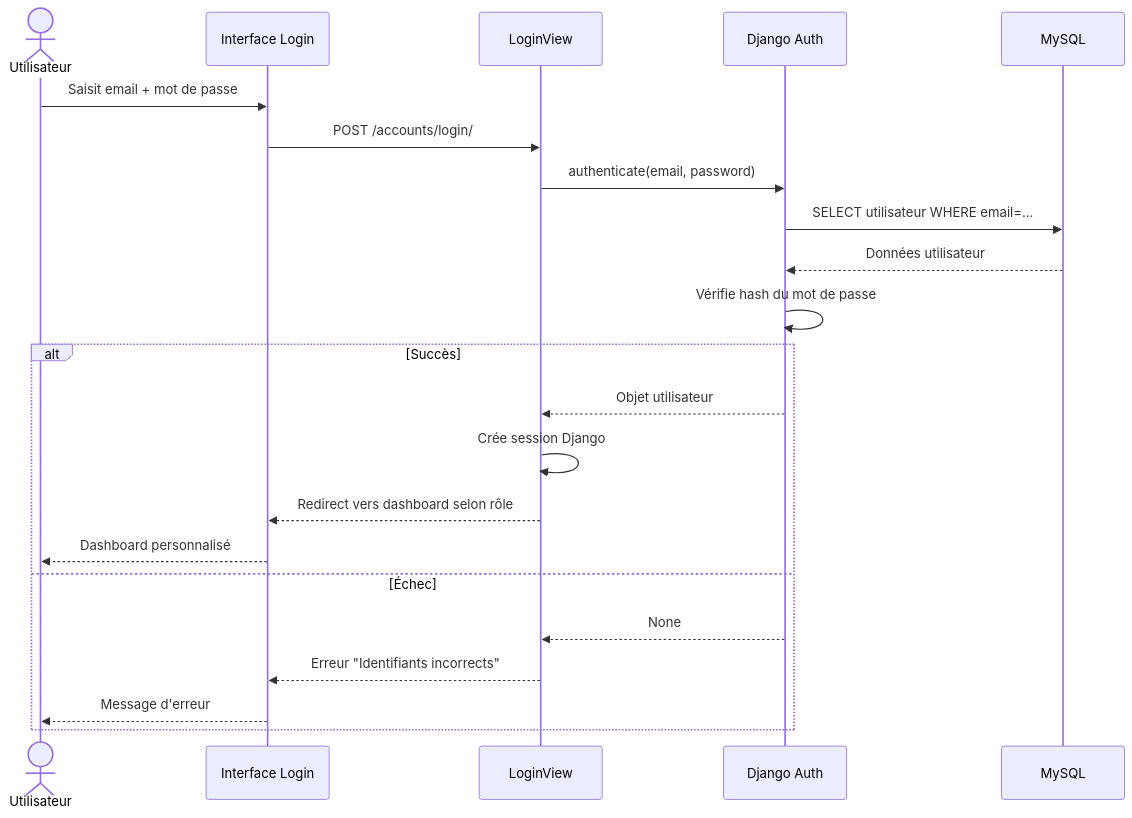
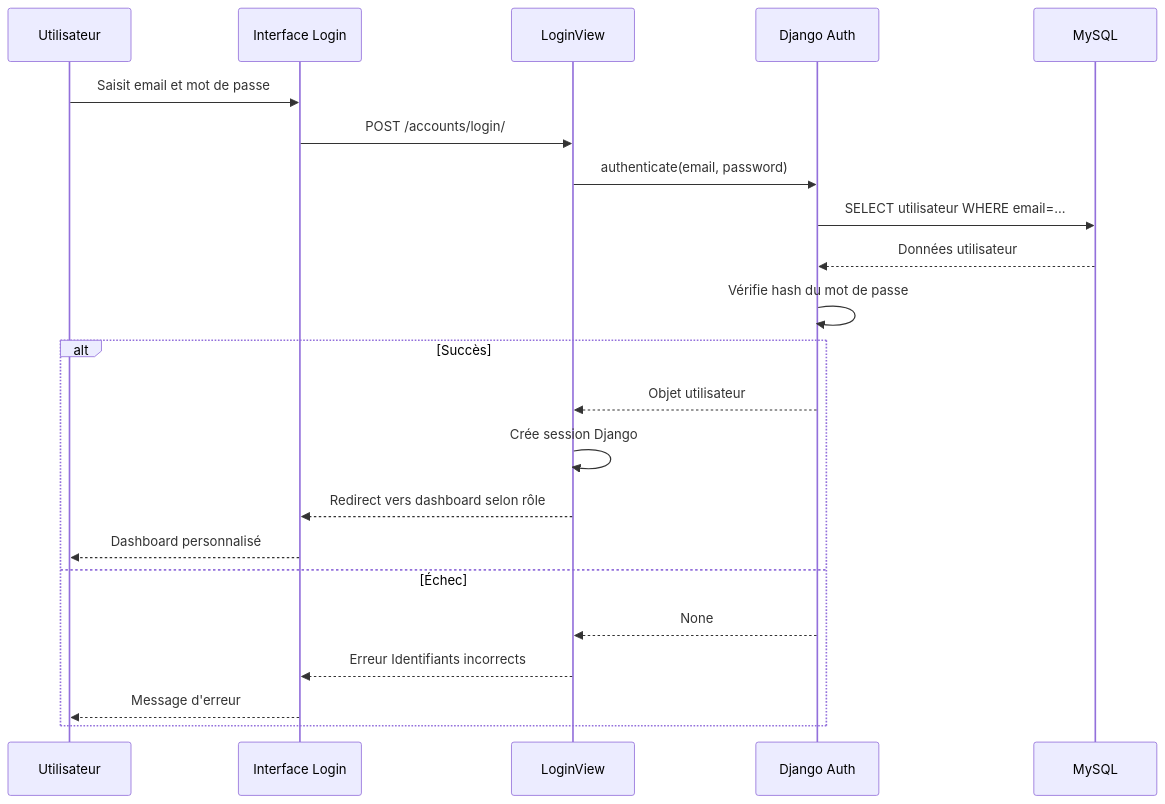
The seventh of 12 diagrams in README.md (abdeladimdemnati3-hash/project_de_presance-d-etudiant), drawn with Mermaid before and after one commit. The commit also changed other lines of this file, not shown here.

First line of the commit message:
fix: Fix Mermaid sequence diagrams for GitHub renderer

````diff
--- a/README.md
+++ b/README.md
@@ -548,26 +548,26 @@
 ```mermaid
 sequenceDiagram
-    actor USER as Utilisateur
+    participant USER as Utilisateur
     participant UI as Interface Login
     participant VIEW as LoginView
     participant AUTH as Django Auth
     participant DB as MySQL
 
-    USER->>UI: Saisit email + mot de passe
+    USER->>UI: Saisit email et mot de passe
     UI->>VIEW: POST /accounts/login/
     VIEW->>AUTH: authenticate(email, password)
     AUTH->>DB: SELECT utilisateur WHERE email=...
     DB-->>AUTH: Données utilisateur
     AUTH->>AUTH: Vérifie hash du mot de passe
 
     alt Succès
         AUTH-->>VIEW: Objet utilisateur
         VIEW->>VIEW: Crée session Django
         VIEW-->>UI: Redirect vers dashboard selon rôle
         UI-->>USER: Dashboard personnalisé
     else Échec
         AUTH-->>VIEW: None
-        VIEW-->>UI: Erreur "Identifiants incorrects"
+        VIEW-->>UI: Erreur Identifiants incorrects
         UI-->>USER: Message d'erreur
     end
 ```
````
